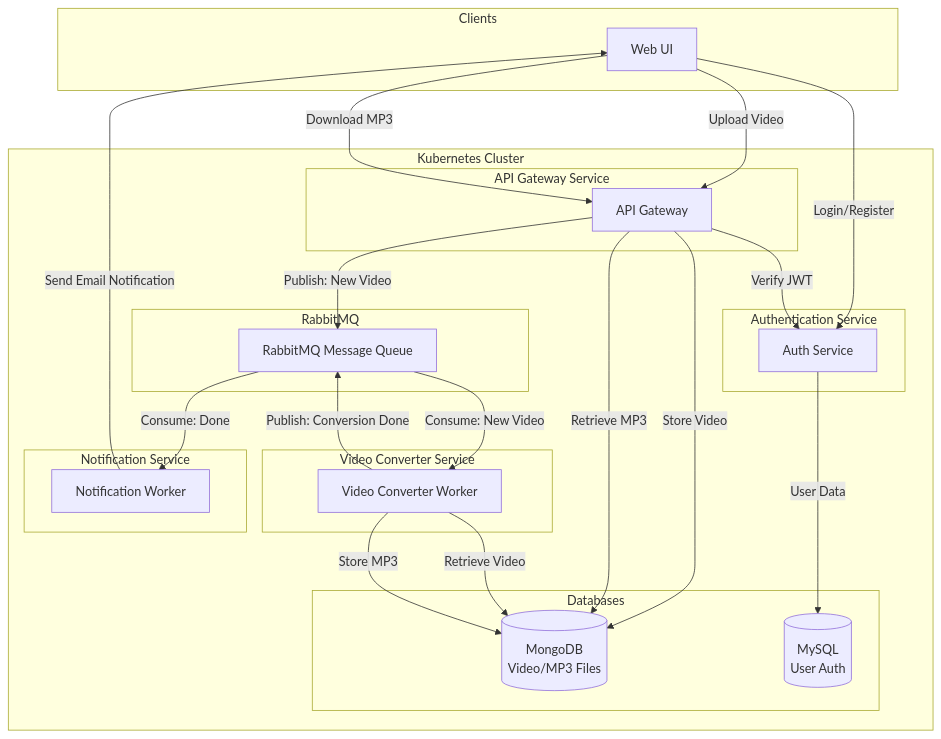
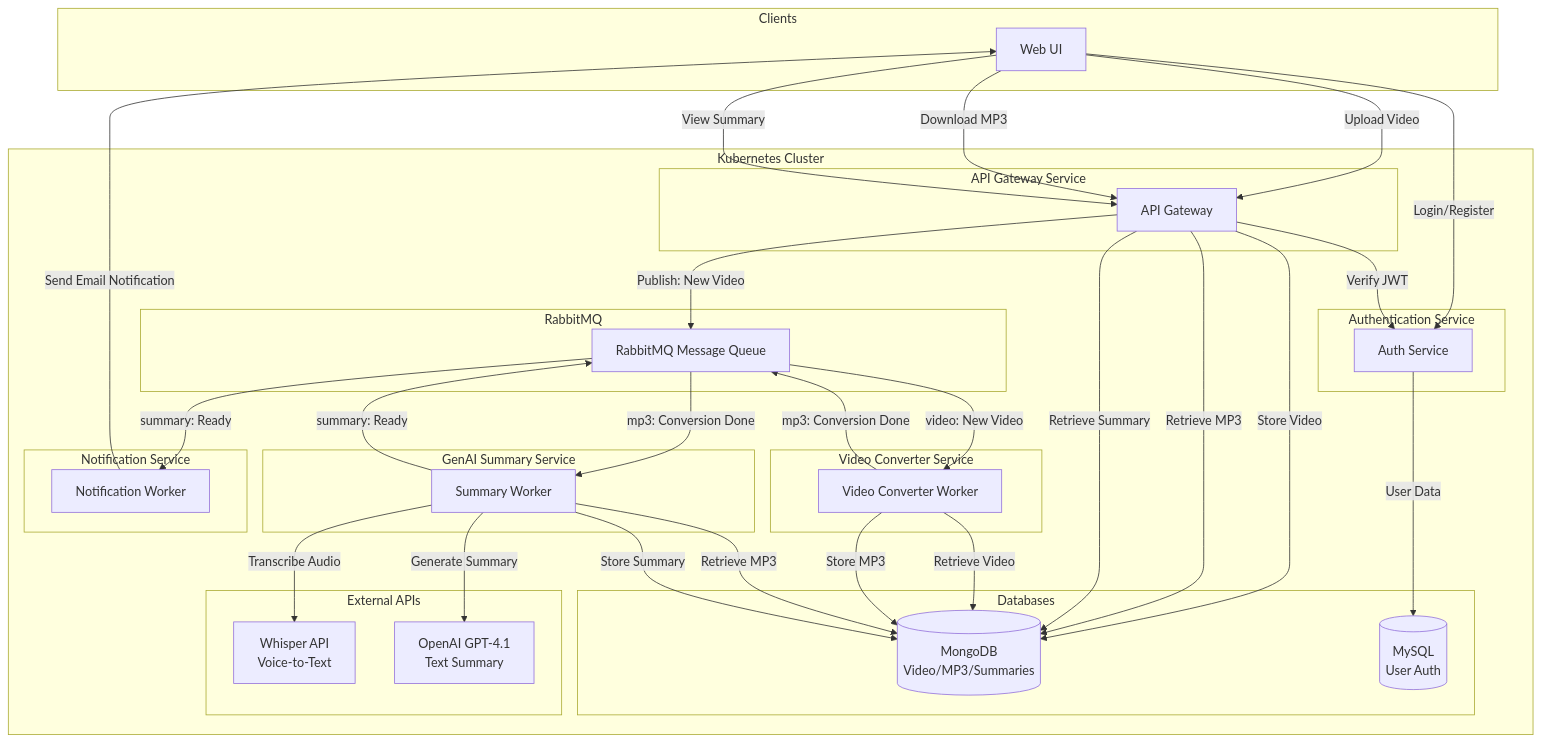
Before and after one commit to gek007/converter-video-mp3: the diagram in plan/video_to_mp3_microservices_plan.md, drawn with Mermaid. The commit also changed other lines of this file and 2 other files, not shown here.

First line of the commit message:
Enhance RabbitMQ and MongoDB integration in consumer and server

````diff
--- a/plan/video_to_mp3_microservices_plan.md
+++ b/plan/video_to_mp3_microservices_plan.md
@@ -14,52 +14,70 @@
 ```mermaid
 flowchart TD
     subgraph Clients
         WEB[Web UI]
     end
-    
+
     subgraph Kubernetes["Kubernetes Cluster"]
         subgraph Gateway["API Gateway Service"]
             GW[API Gateway]
         end
-        
+
         subgraph Converter["Video Converter Service"]
             VC[Video Converter Worker]
         end
-        
+
+        subgraph Summary["GenAI Summary Service"]
+            GS[Summary Worker]
+        end
+
         subgraph Notif["Notification Service"]
             NS[Notification Worker]
         end
-        
+
         subgraph Auth["Authentication Service"]
             AUTH[Auth Service]
         end
-        
+
         subgraph Messaging["RabbitMQ"]
             QUEUE[RabbitMQ Message Queue]
         end
-        
+
         subgraph Storage["Databases"]
-            MONGO[(MongoDB<br/>Video/MP3 Files)]
+            MONGO[(MongoDB<br/>Video/MP3/Summaries)]
             MYSQL[(MySQL<br/>User Auth)]
         end
+
+        subgraph External["External APIs"]
+            WHISPER[Whisper API<br/>Voice-to-Text]
+            OPENAI[OpenAI GPT-4.1<br/>Text Summary]
+        end
     end
-    
+
     WEB -->|Upload Video| GW
     WEB -->|Download MP3| GW
+    WEB -->|View Summary| GW
     WEB -->|Login/Register| AUTH
-    
+
     GW -->|Store Video| MONGO
     GW -->|Publish: New Video| QUEUE
     GW -->|Retrieve MP3| MONGO
-    
-    QUEUE -->|Consume: New Video| VC
+    GW -->|Retrieve Summary| MONGO
+
+    QUEUE -->|video: New Video| VC
     VC -->|Retrieve Video| MONGO
     VC -->|Store MP3| MONGO
-    VC -->|Publish: Conversion Done| QUEUE
-    
-    QUEUE -->|Consume: Done| NS
+    VC -->|mp3: Conversion Done| QUEUE
+
+    QUEUE -->|mp3: Conversion Done| GS
+    GS -->|Retrieve MP3| MONGO
+    GS -->|Transcribe Audio| WHISPER
+    GS -->|Generate Summary| OPENAI
+    GS -->|Store Summary| MONGO
+    GS -->|summary: Ready| QUEUE
+
+    QUEUE -->|summary: Ready| NS
     NS -->|Send Email Notification| WEB
-    
+
     AUTH -->|User Data| MYSQL
     GW -->|Verify JWT| AUTH
 ```
````
